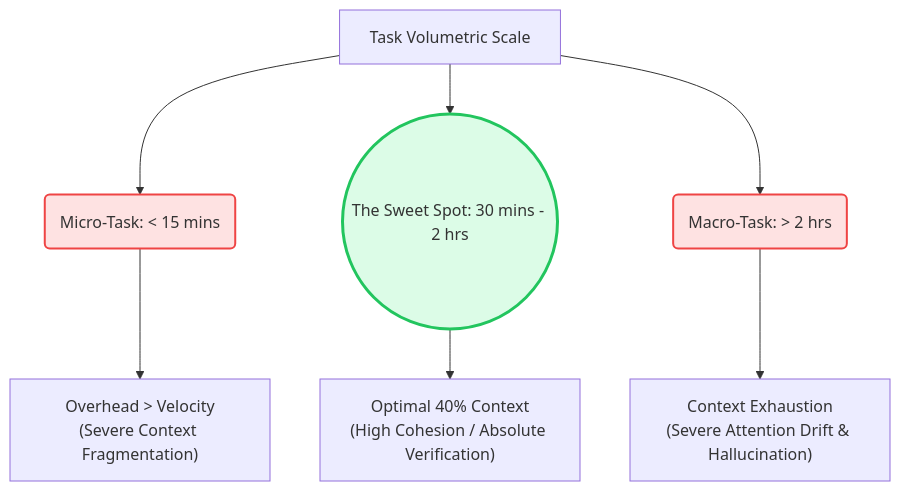
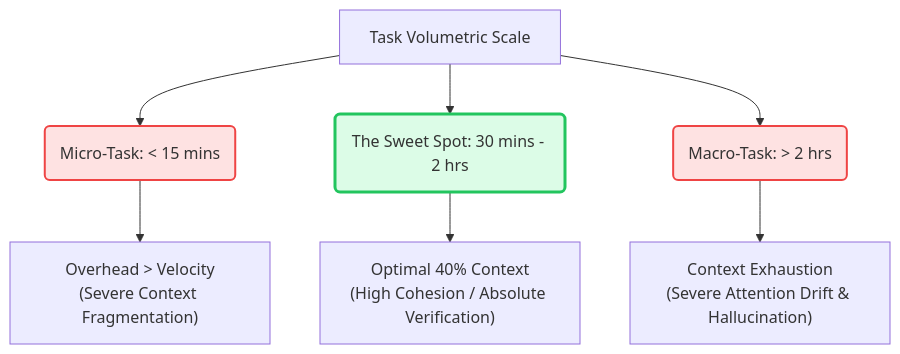
Before and after one commit to ruanqizhen/cocode: the second of 4 diagrams in i18n/en/docusaurus-plugin-content-docs/current/planning.md, drawn with Mermaid. The commit also changed other lines of this file and 29 other files, not shown here.

````diff
--- a/i18n/en/docusaurus-plugin-content-docs/current/planning.md
+++ b/i18n/en/docusaurus-plugin-content-docs/current/planning.md
@@ -84,14 +84,14 @@
 ```mermaid
 graph TD
-    A[Task Volumetric Scale] --> B(Micro-Task: < 15 mins)
-    A --> C((The Sweet Spot: 30 mins - 2 hrs))
-    A --> D(Macro-Task: > 2 hrs)
+    A[Task Volumetric Scale] --> B("Micro-Task: < 15 mins")
+    A --> C("The Sweet Spot: 30 mins - 2 hrs")
+    A --> D("Macro-Task: > 2 hrs")
     
     B --> B1["Overhead > Velocity<br/>(Severe Context Fragmentation)"]
     C --> C1["Optimal 40% Context<br/>(High Cohesion / Absolute Verification)"]
     D --> D1["Context Exhaustion<br/>(Severe Attention Drift & Hallucination)"]
 
     style B fill:#fee2e2,stroke:#ef4444,stroke-width:2px
     style C fill:#dcfce7,stroke:#22c55e,stroke-width:3px
     style D fill:#fee2e2,stroke:#ef4444,stroke-width:2px
 ```
````
